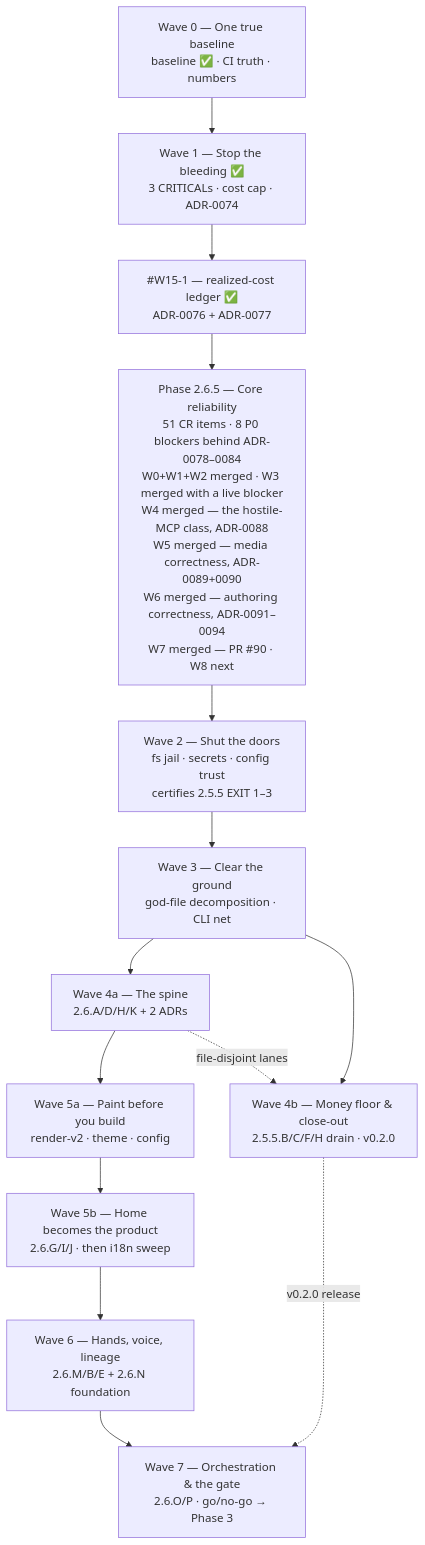
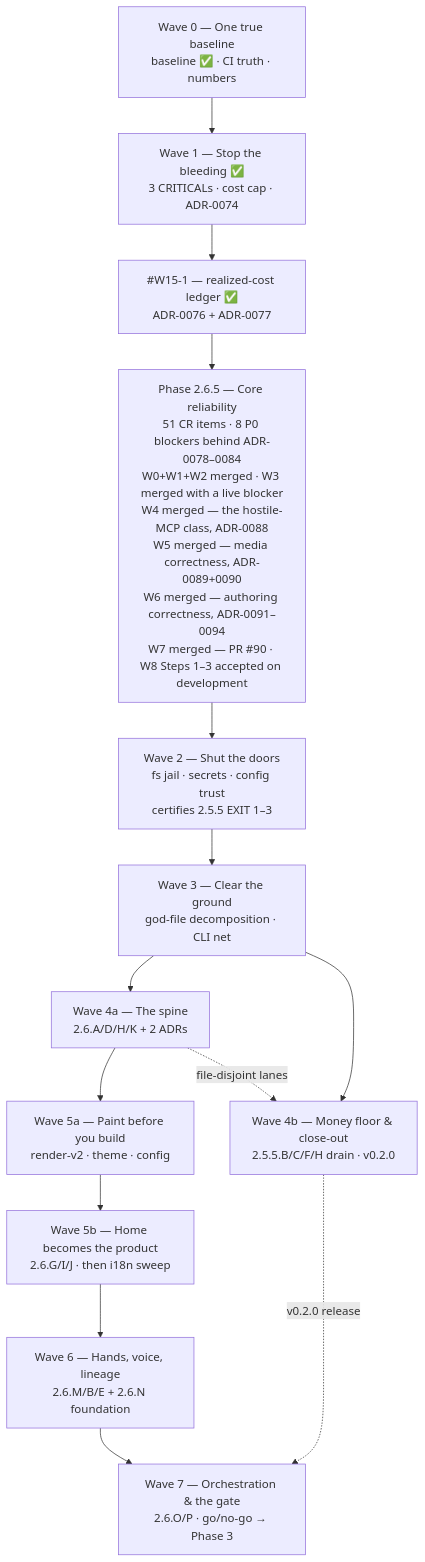
One commit to HodeTech/Relavium changed the diagram in docs/roadmap/current.md. Above: the diagram before and after it, drawn with Mermaid. The commit also changed other lines of this file and 4 other files, not shown here.

First line of the commit message:
docs(roadmap): accept w8 canonical wire conformance

````diff
--- a/docs/roadmap/current.md
+++ b/docs/roadmap/current.md
@@ -467,19 +470,19 @@
 ```mermaid
 flowchart TD
     W0["Wave 0 — One true baseline<br/>baseline ✅ · CI truth · numbers"]
     W1["Wave 1 — Stop the bleeding ✅<br/>3 CRITICALs · cost cap · ADR-0074"]
     LEDGER["#W15-1 — realized-cost ledger ✅<br/>ADR-0076 + ADR-0077"]
-    P265["Phase 2.6.5 — Core reliability<br/>51 CR items · 8 P0 blockers behind ADR-0078–0084<br/>W0+W1+W2 merged · W3 merged with a live blocker<br/>W4 merged — the hostile-MCP class, ADR-0088<br/>W5 merged — media correctness, ADR-0089+0090<br/>W6 merged — authoring correctness, ADR-0091–0094<br/>W7 merged — PR #90 · W8 next"]
+    P265["Phase 2.6.5 — Core reliability<br/>51 CR items · 8 P0 blockers behind ADR-0078–0084<br/>W0+W1+W2 merged · W3 merged with a live blocker<br/>W4 merged — the hostile-MCP class, ADR-0088<br/>W5 merged — media correctness, ADR-0089+0090<br/>W6 merged — authoring correctness, ADR-0091–0094<br/>W7 merged — PR #90 · W8 Steps 1–3 accepted on development"]
     W2["Wave 2 — Shut the doors<br/>fs jail · secrets · config trust<br/>certifies 2.5.5 EXIT 1–3"]
     W3["Wave 3 — Clear the ground<br/>god-file decomposition · CLI net"]
     W4a["Wave 4a — The spine<br/>2.6.A/D/H/K + 2 ADRs"]
     W4b["Wave 4b — Money floor & close-out<br/>2.5.5.B/C/F/H drain · v0.2.0"]
     W5a["Wave 5a — Paint before you build<br/>render-v2 · theme · config"]
     W5b["Wave 5b — Home becomes the product<br/>2.6.G/I/J · then i18n sweep"]
     W6["Wave 6 — Hands, voice, lineage<br/>2.6.M/B/E + 2.6.N foundation"]
     W7["Wave 7 — Orchestration & the gate<br/>2.6.O/P · go/no-go → Phase 3"]
     W0 --> W1 --> LEDGER --> P265 --> W2 --> W3 --> W4a --> W5a --> W5b --> W6 --> W7
     W3 --> W4b
     W4b -.->|v0.2.0 release| W7
     W4a -.->|file-disjoint lanes| W4b
 ```
````
